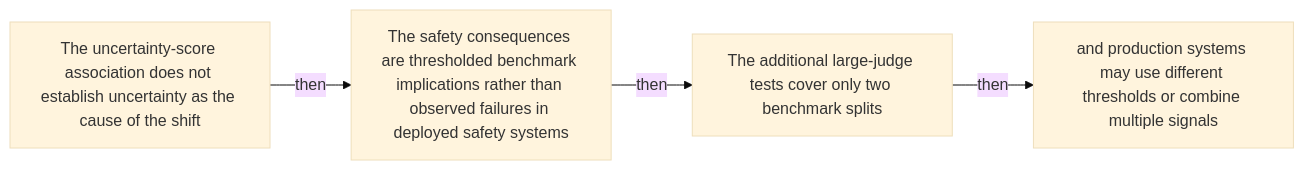
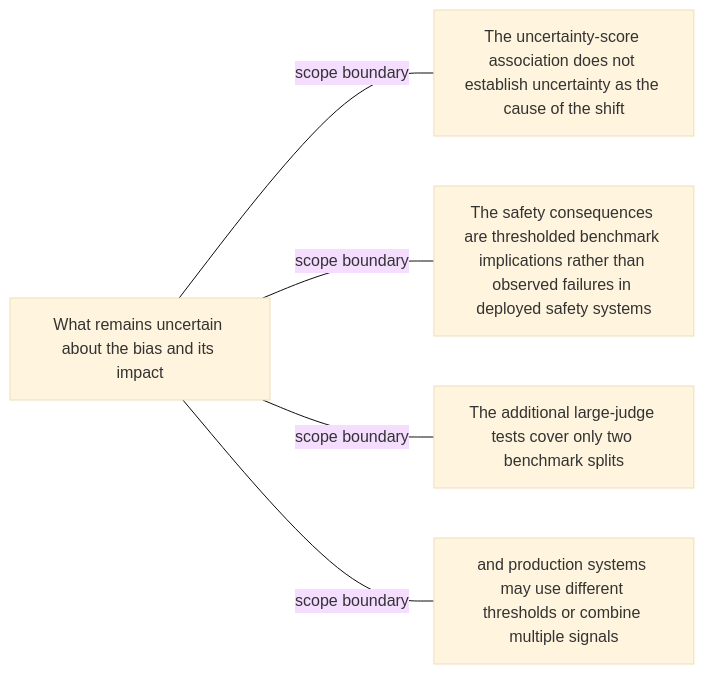
Diagram 42 of 48 in docs/visual-manifests/VISUAL_MANIFEST_LLM_EVALUATORS_LANGUAGES.md (Betancourt1/paper_atlas), drawn with Mermaid (base theme) before and after one commit. The commit also changed other lines of this file and 7 other files, not shown here.

````diff
--- a/docs/visual-manifests/VISUAL_MANIFEST_LLM_EVALUATORS_LANGUAGES.md
+++ b/docs/visual-manifests/VISUAL_MANIFEST_LLM_EVALUATORS_LANGUAGES.md
@@ -3548,10 +3553,12 @@
 ```mermaid
 flowchart LR
-  n1["The uncertainty-score association does not establish uncertainty as the cause of the shift"]
-  n2["The safety consequences are thresholded benchmark implications rather than observed failures in deployed safety systems"]
-  n3["The additional large-judge tests cover only two benchmark splits"]
-  n4["and production systems may use different thresholds or combine multiple signals"]
-  n1 -->|"then"| n2
-  n2 -->|"then"| n3
-  n3 -->|"then"| n4
+  center["What remains uncertain about the bias and its impact"]
+  f1["The uncertainty-score association does not establish uncertainty as the cause of the shift"]
+  f2["The safety consequences are thresholded benchmark implications rather than observed failures in deployed safety systems"]
+  f3["The additional large-judge tests cover only two benchmark splits"]
+  f4["and production systems may use different thresholds or combine multiple signals"]
+  center ---|"scope boundary"| f1
+  center ---|"scope boundary"| f2
+  center ---|"scope boundary"| f3
+  center ---|"scope boundary"| f4
 ```
````
